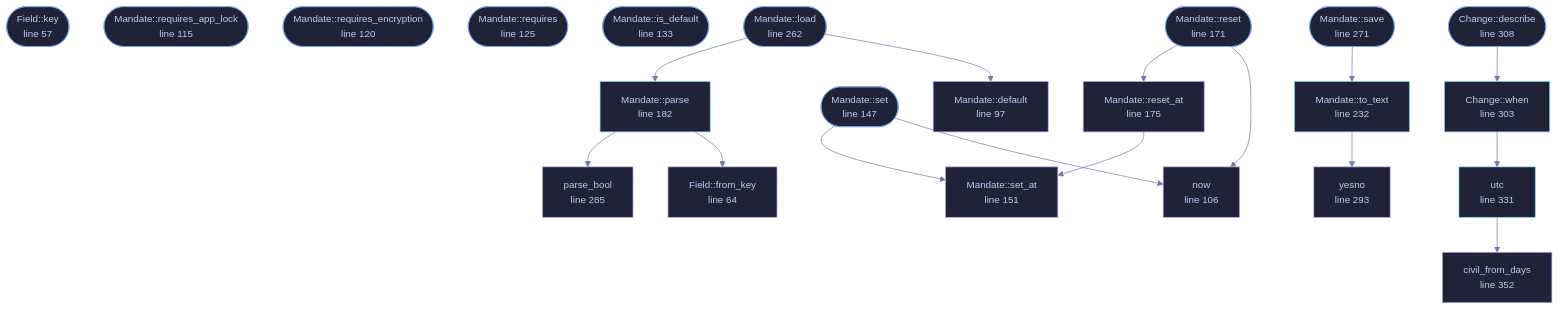
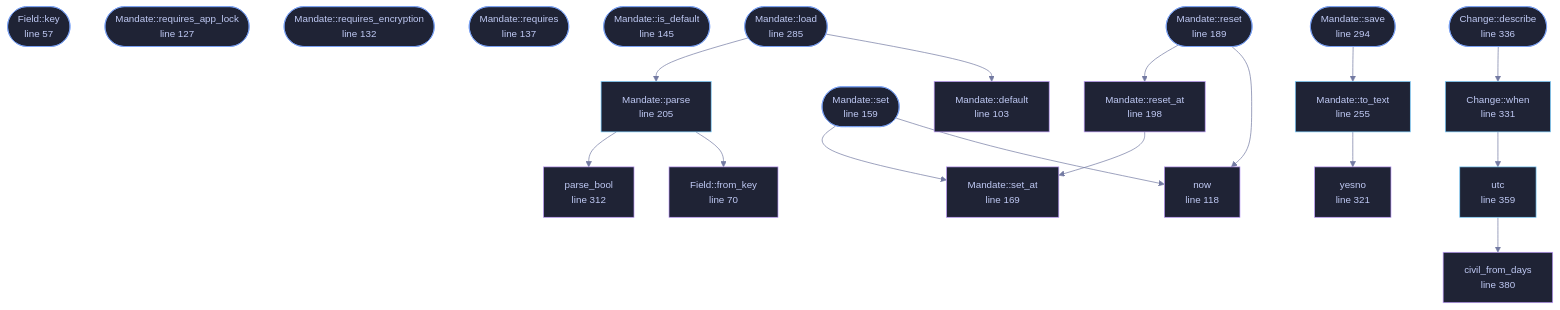
One commit to tilas01/veilvoice changed the diagram in docs/files/veilvoice-policy/mandate.md. Above: the diagram before and after it, drawn with Mermaid. The commit also changed other lines of this file and 53 other files, not shown here.

````diff
--- a/docs/files/veilvoice-policy/mandate.md
+++ b/docs/files/veilvoice-policy/mandate.md
@@ -114,68 +114,68 @@
 ```mermaid
 %%{init: {"theme":"base","themeVariables":{"background":"#1a1b26","primaryColor":"#1f2335","primaryTextColor":"#c0caf5","primaryBorderColor":"#7aa2f7","secondaryColor":"#16161e","tertiaryColor":"#16161e","lineColor":"#737aa2","textColor":"#c0caf5","mainBkg":"#1f2335","nodeBorder":"#7aa2f7","clusterBkg":"#16161e","clusterBorder":"#2f3549","fontFamily":"ui-monospace, SFMono-Regular, Consolas, monospace","fontSize":"14px"}}}%%
 flowchart TD
     n_key(["Field::key<br/>line 57"])
-    n_from_key["Field::from_key<br/>line 64"]
-    n_default["Mandate::default<br/>line 97"]
-    n_now["now<br/>line 106"]
-    n_requires_app_lock(["Mandate::requires_app_lock<br/>line 115"])
-    n_requires_encryption(["Mandate::requires_encryption<br/>line 120"])
-    n_requires(["Mandate::requires<br/>line 125"])
-    n_is_default(["Mandate::is_default<br/>line 133"])
-    n_set(["Mandate::set<br/>line 147"])
-    n_set_at["Mandate::set_at<br/>line 151"]
-    n_reset(["Mandate::reset<br/>line 171"])
-    n_reset_at["Mandate::reset_at<br/>line 175"]
-    n_parse["Mandate::parse<br/>line 182"]
-    n_to_text["Mandate::to_text<br/>line 232"]
-    n_load(["Mandate::load<br/>line 262"])
-    n_save(["Mandate::save<br/>line 271"])
-    n_parse_bool["parse_bool<br/>line 285"]
-    n_yesno["yesno<br/>line 293"]
-    n_when["Change::when<br/>line 303"]
-    n_describe(["Change::describe<br/>line 308"])
-    n_utc["utc<br/>line 331"]
-    n_civil_from_days["civil_from_days<br/>line 352"]
+    n_from_key["Field::from_key<br/>line 70"]
+    n_default["Mandate::default<br/>line 103"]
+    n_now["now<br/>line 118"]
+    n_requires_app_lock(["Mandate::requires_app_lock<br/>line 127"])
+    n_requires_encryption(["Mandate::requires_encryption<br/>line 132"])
+    n_requires(["Mandate::requires<br/>line 137"])
+    n_is_default(["Mandate::is_default<br/>line 145"])
+    n_set(["Mandate::set<br/>line 159"])
+    n_set_at["Mandate::set_at<br/>line 169"]
+    n_reset(["Mandate::reset<br/>line 189"])
+    n_reset_at["Mandate::reset_at<br/>line 198"]
+    n_parse["Mandate::parse<br/>line 205"]
+    n_to_text["Mandate::to_text<br/>line 255"]
+    n_load(["Mandate::load<br/>line 285"])
+    n_save(["Mandate::save<br/>line 294"])
+    n_parse_bool["parse_bool<br/>line 312"]
+    n_yesno["yesno<br/>line 321"]
+    n_when["Change::when<br/>line 331"]
+    n_describe(["Change::describe<br/>line 336"])
+    n_utc["utc<br/>line 359"]
+    n_civil_from_days["civil_from_days<br/>line 380"]
     n_describe --> n_when
     n_load --> n_default
     n_load --> n_parse
     n_parse --> n_from_key
     n_parse --> n_parse_bool
     n_reset --> n_now
     n_reset --> n_reset_at
     n_reset_at --> n_set_at
     n_save --> n_to_text
     n_set --> n_now
     n_set --> n_set_at
     n_to_text --> n_yesno
     n_utc --> n_civil_from_days
     n_when --> n_utc
     click n_key href "https://github.com/tilas01/veilvoice/blob/main/crates/veilvoice-policy/src/mandate.rs#L57" "open the source"
-    click n_from_key href "https://github.com/tilas01/veilvoice/blob/main/crates/veilvoice-policy/src/mandate.rs#L64" "open the source"
-    click n_default href "https://github.com/tilas01/veilvoice/blob/main/crates/veilvoice-policy/src/mandate.rs#L97" "open the source"
-    click n_now href "https://github.com/tilas01/veilvoice/blob/main/crates/veilvoice-policy/src/mandate.rs#L106" "open the source"
-    click n_requires_app_lock href "https://github.com/tilas01/veilvoice/blob/main/crates/veilvoice-policy/src/mandate.rs#L115" "open the source"
-    click n_requires_encryption href "https://github.com/tilas01/veilvoice/blob/main/crates/veilvoice-policy/src/mandate.rs#L120" "open the source"
-    click n_requires href "https://github.com/tilas01/veilvoice/blob/main/crates/veilvoice-policy/src/mandate.rs#L125" "open the source"
-    click n_is_default href "https://github.com/tilas01/veilvoice/blob/main/crates/veilvoice-policy/src/mandate.rs#L133" "open the source"
-    click n_set href "https://github.com/tilas01/veilvoice/blob/main/crates/veilvoice-policy/src/mandate.rs#L147" "open the source"
-    click n_set_at href "https://github.com/tilas01/veilvoice/blob/main/crates/veilvoice-policy/src/mandate.rs#L151" "open the source"
-    click n_reset href "https://github.com/tilas01/veilvoice/blob/main/crates/veilvoice-policy/src/mandate.rs#L171" "open the source"
-    click n_reset_at href "https://github.com/tilas01/veilvoice/blob/main/crates/veilvoice-policy/src/mandate.rs#L175" "open the source"
-    click n_parse href "https://github.com/tilas01/veilvoice/blob/main/crates/veilvoice-policy/src/mandate.rs#L182" "open the source"
-    click n_to_text href "https://github.com/tilas01/veilvoice/blob/main/crates/veilvoice-policy/src/mandate.rs#L232" "open the source"
-    click n_load href "https://github.com/tilas01/veilvoice/blob/main/crates/veilvoice-policy/src/mandate.rs#L262" "open the source"
-    click n_save href "https://github.com/tilas01/veilvoice/blob/main/crates/veilvoice-policy/src/mandate.rs#L271" "open the source"
-    click n_parse_bool href "https://github.com/tilas01/veilvoice/blob/main/crates/veilvoice-policy/src/mandate.rs#L285" "open the source"
-    click n_yesno href "https://github.com/tilas01/veilvoice/blob/main/crates/veilvoice-policy/src/mandate.rs#L293" "open the source"
-    click n_when href "https://github.com/tilas01/veilvoice/blob/main/crates/veilvoice-policy/src/mandate.rs#L303" "open the source"
-    click n_describe href "https://github.com/tilas01/veilvoice/blob/main/crates/veilvoice-policy/src/mandate.rs#L308" "open the source"
-    click n_utc href "https://github.com/tilas01/veilvoice/blob/main/crates/veilvoice-policy/src/mandate.rs#L331" "open the source"
-    click n_civil_from_days href "https://github.com/tilas01/veilvoice/blob/main/crates/veilvoice-policy/src/mandate.rs#L352" "open the source"
+    click n_from_key href "https://github.com/tilas01/veilvoice/blob/main/crates/veilvoice-policy/src/mandate.rs#L70" "open the source"
+    click n_default href "https://github.com/tilas01/veilvoice/blob/main/crates/veilvoice-policy/src/mandate.rs#L103" "open the source"
+    click n_now href "https://github.com/tilas01/veilvoice/blob/main/crates/veilvoice-policy/src/mandate.rs#L118" "open the source"
+    click n_requires_app_lock href "https://github.com/tilas01/veilvoice/blob/main/crates/veilvoice-policy/src/mandate.rs#L127" "open the source"
+    click n_requires_encryption href "https://github.com/tilas01/veilvoice/blob/main/crates/veilvoice-policy/src/mandate.rs#L132" "open the source"
+    click n_requires href "https://github.com/tilas01/veilvoice/blob/main/crates/veilvoice-policy/src/mandate.rs#L137" "open the source"
+    click n_is_default href "https://github.com/tilas01/veilvoice/blob/main/crates/veilvoice-policy/src/mandate.rs#L145" "open the source"
+    click n_set href "https://github.com/tilas01/veilvoice/blob/main/crates/veilvoice-policy/src/mandate.rs#L159" "open the source"
+    click n_set_at href "https://github.com/tilas01/veilvoice/blob/main/crates/veilvoice-policy/src/mandate.rs#L169" "open the source"
+    click n_reset href "https://github.com/tilas01/veilvoice/blob/main/crates/veilvoice-policy/src/mandate.rs#L189" "open the source"
+    click n_reset_at href "https://github.com/tilas01/veilvoice/blob/main/crates/veilvoice-policy/src/mandate.rs#L198" "open the source"
+    click n_parse href "https://github.com/tilas01/veilvoice/blob/main/crates/veilvoice-policy/src/mandate.rs#L205" "open the source"
+    click n_to_text href "https://github.com/tilas01/veilvoice/blob/main/crates/veilvoice-policy/src/mandate.rs#L255" "open the source"
+    click n_load href "https://github.com/tilas01/veilvoice/blob/main/crates/veilvoice-policy/src/mandate.rs#L285" "open the source"
+    click n_save href "https://github.com/tilas01/veilvoice/blob/main/crates/veilvoice-policy/src/mandate.rs#L294" "open the source"
+    click n_parse_bool href "https://github.com/tilas01/veilvoice/blob/main/crates/veilvoice-policy/src/mandate.rs#L312" "open the source"
+    click n_yesno href "https://github.com/tilas01/veilvoice/blob/main/crates/veilvoice-policy/src/mandate.rs#L321" "open the source"
+    click n_when href "https://github.com/tilas01/veilvoice/blob/main/crates/veilvoice-policy/src/mandate.rs#L331" "open the source"
+    click n_describe href "https://github.com/tilas01/veilvoice/blob/main/crates/veilvoice-policy/src/mandate.rs#L336" "open the source"
+    click n_utc href "https://github.com/tilas01/veilvoice/blob/main/crates/veilvoice-policy/src/mandate.rs#L359" "open the source"
+    click n_civil_from_days href "https://github.com/tilas01/veilvoice/blob/main/crates/veilvoice-policy/src/mandate.rs#L380" "open the source"
     classDef entry fill:#1f2335,stroke:#7aa2f7,color:#c0caf5
     class n_key,n_requires_app_lock,n_requires_encryption,n_requires,n_is_default,n_set,n_reset,n_load,n_save,n_describe entry
     classDef api fill:#1f2335,stroke:#7dcfff,color:#c0caf5
     class n_parse,n_to_text,n_when,n_utc api
     classDef helper fill:#1f2335,stroke:#bb9af7,color:#c0caf5
     class n_from_key,n_default,n_now,n_set_at,n_reset_at,n_parse_bool,n_yesno,n_civil_from_days helper
 ```
````
